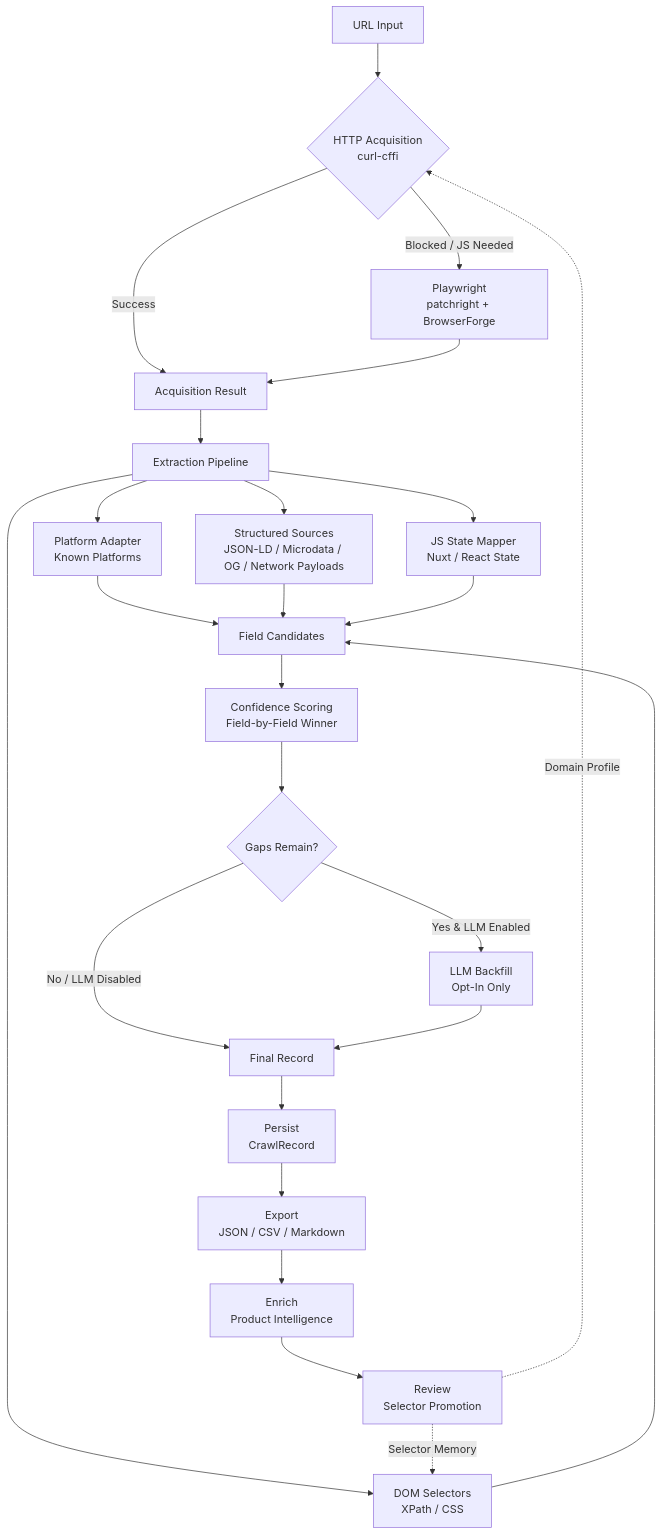
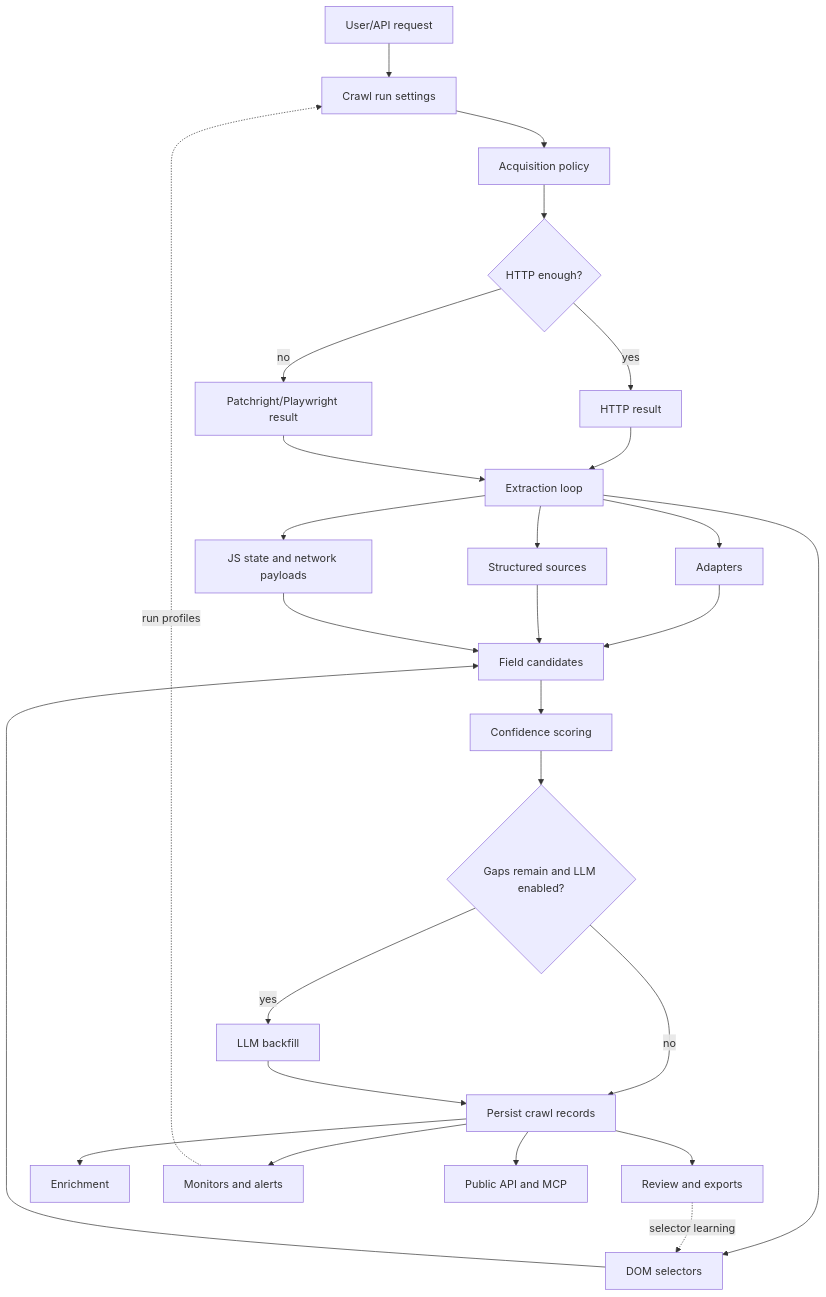
One commit to abhij1306/Invoro changed the diagram in README.md. Above: the diagram before and after it, drawn with Mermaid. The commit also changed other lines of this file and 7 other files, not shown here.

````diff
--- a/README.md
+++ b/README.md
@@ -50,34 +39,29 @@
 ```mermaid
-graph TD
-    A[URL Input] --> B{HTTP Acquisition<br/>curl-cffi}
-    B -->|Blocked / JS Needed| C[Playwright<br/>patchright + BrowserForge]
-    B -->|Success| D[Acquisition Result]
-    C --> D
-    
-    D --> E[Extraction Pipeline]
-    
-    E --> F1[Platform Adapter<br/>Known Platforms]
-    E --> F2[Structured Sources<br/>JSON-LD / Microdata / OG / Network Payloads]
-    E --> F3[JS State Mapper<br/>Nuxt / React State]
-    E --> F4[DOM Selectors<br/>XPath / CSS]
-    
-    F1 --> G[Field Candidates]
-    F2 --> G
-    F3 --> G
-    F4 --> G
-    
-    G --> H[Confidence Scoring<br/>Field-by-Field Winner]
-    
-    H --> I{Gaps Remain?}
-    I -->|Yes & LLM Enabled| J[LLM Backfill<br/>Opt-In Only]
-    I -->|No / LLM Disabled| K[Final Record]
-    J --> K
-    
-    K --> L[Persist<br/>CrawlRecord]
-    L --> M[Export<br/>JSON / CSV / Markdown]
-    M --> N[Enrich<br/>Product Intelligence]
-    N --> O[Review<br/>Selector Promotion]
-    
-    O -.->|Selector Memory| F4
-    O -.->|Domain Profile| B
+flowchart TD
+    A[User/API request] --> B[Crawl run settings]
+    B --> C[Acquisition policy]
+    C --> D{HTTP enough?}
+    D -->|yes| E[HTTP result]
+    D -->|no| F[Patchright/Playwright result]
+    E --> G[Extraction loop]
+    F --> G
+    G --> H[Adapters]
+    G --> I[Structured sources]
+    G --> J[JS state and network payloads]
+    G --> K[DOM selectors]
+    H --> L[Field candidates]
+    I --> L
+    J --> L
+    K --> L
+    L --> M[Confidence scoring]
+    M --> N{Gaps remain and LLM enabled?}
+    N -->|yes| O[LLM backfill]
+    N -->|no| P[Persist crawl records]
+    O --> P
+    P --> Q[Review and exports]
+    P --> R[Enrichment]
+    P --> S[Monitors and alerts]
+    P --> T[Public API and MCP]
+    Q -. selector learning .-> K
+    S -. run profiles .-> B
 ```
````
